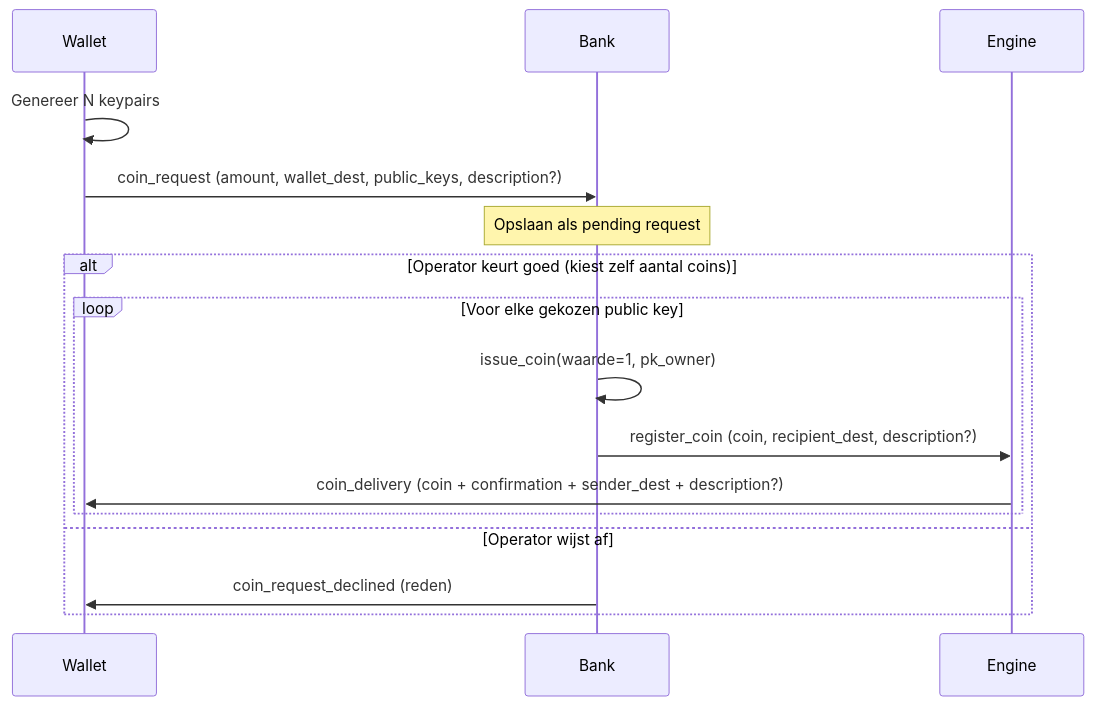
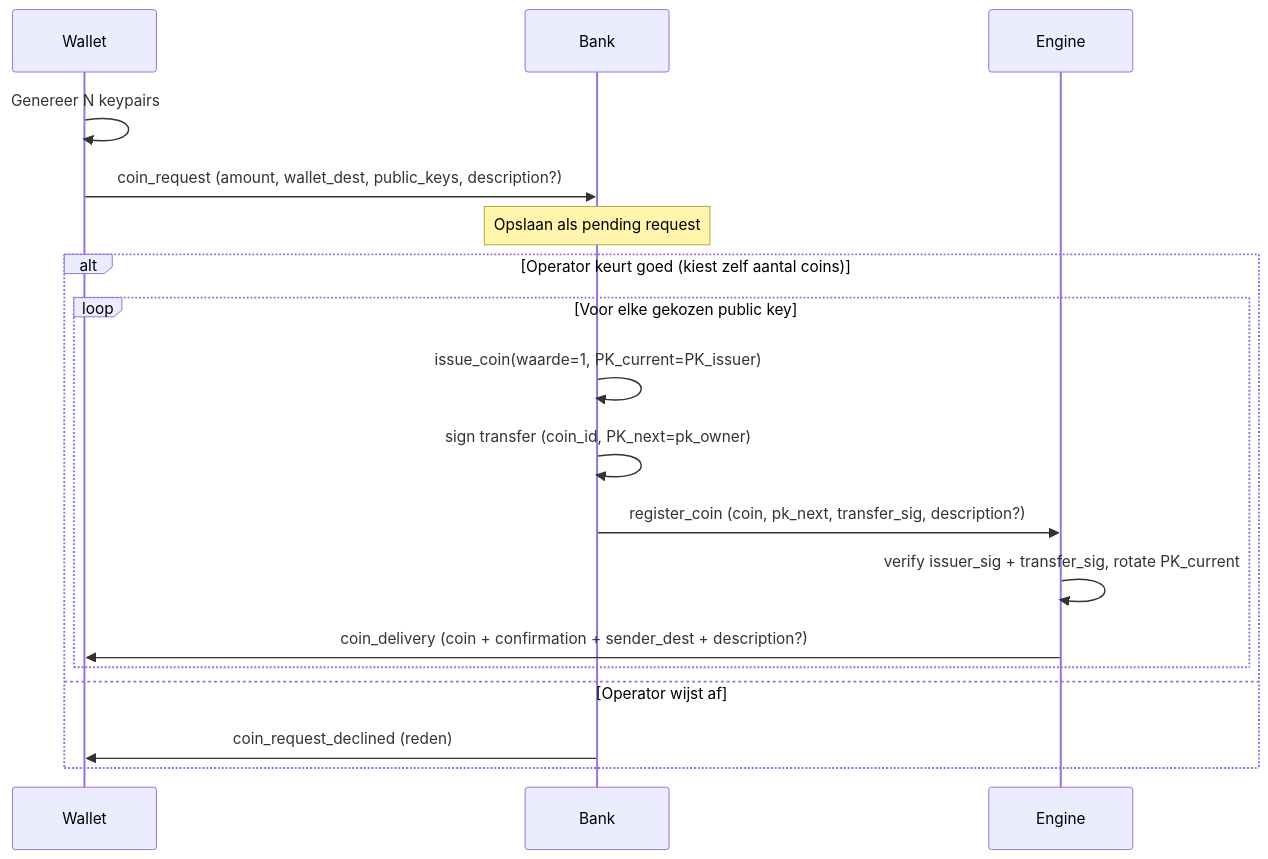
Before and after one commit to GijsvandenBeucken/gijsvandenbeucken.github.io: the fifth of 6 diagrams in backup/lora-en-pkicash-wallet/opzet.md, drawn with Mermaid. The commit also changed other lines of this file and 31 other files, not shown here.

````diff
--- a/backup/lora-en-pkicash-wallet/opzet.md
+++ b/backup/lora-en-pkicash-wallet/opzet.md
@@ -286,18 +301,20 @@
 ```mermaid
 sequenceDiagram
     participant Wallet
     participant Bank
     participant Engine
     Wallet->>Wallet: Genereer N keypairs
     Wallet->>Bank: coin_request (amount, wallet_dest, public_keys, description?)
     Note over Bank: Opslaan als pending request
     alt Operator keurt goed (kiest zelf aantal coins)
         loop Voor elke gekozen public key
-            Bank->>Bank: issue_coin(waarde=1, pk_owner)
-            Bank->>Engine: register_coin (coin, recipient_dest, description?)
+            Bank->>Bank: issue_coin(waarde=1, PK_current=PK_issuer)
+            Bank->>Bank: sign transfer (coin_id, PK_next=pk_owner)
+            Bank->>Engine: register_coin (coin, pk_next, transfer_sig, description?)
+            Engine->>Engine: verify issuer_sig + transfer_sig, rotate PK_current
             Engine->>Wallet: coin_delivery (coin + confirmation + sender_dest + description?)
         end
     else Operator wijst af
         Bank->>Wallet: coin_request_declined (reden)
     end
 ```
````
